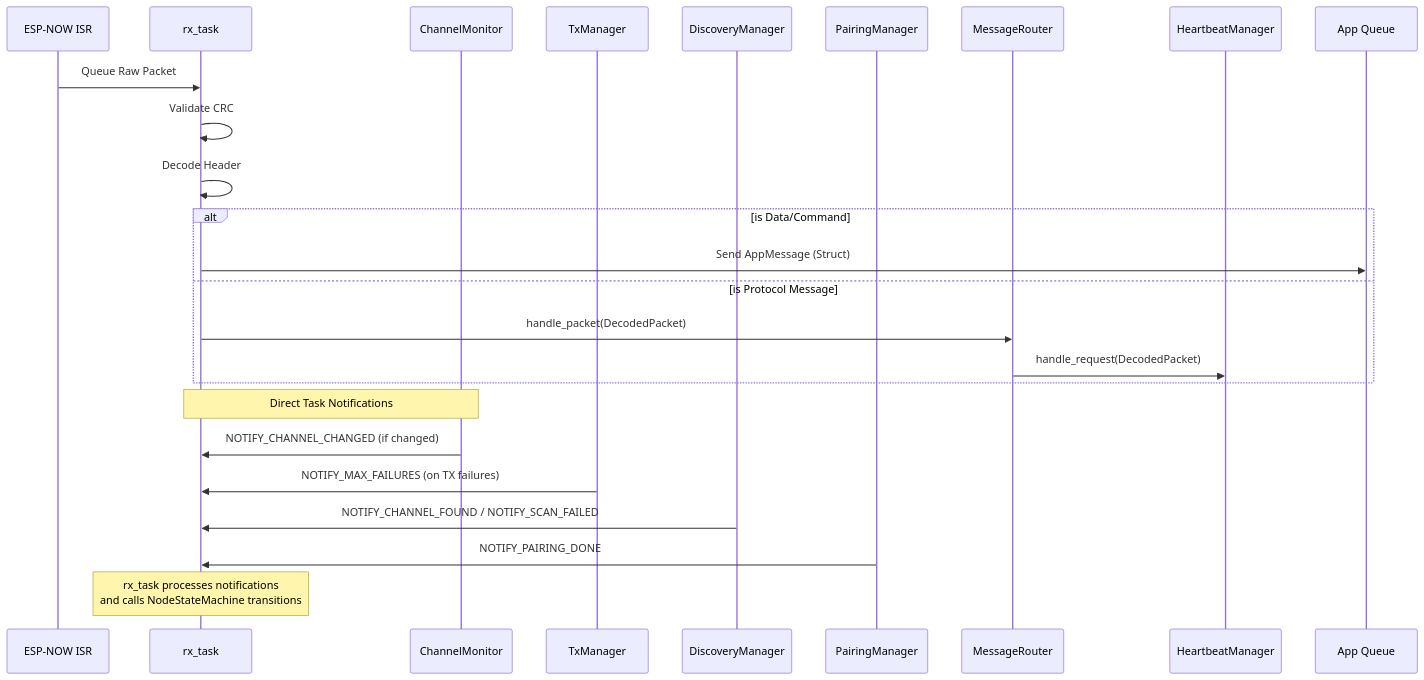
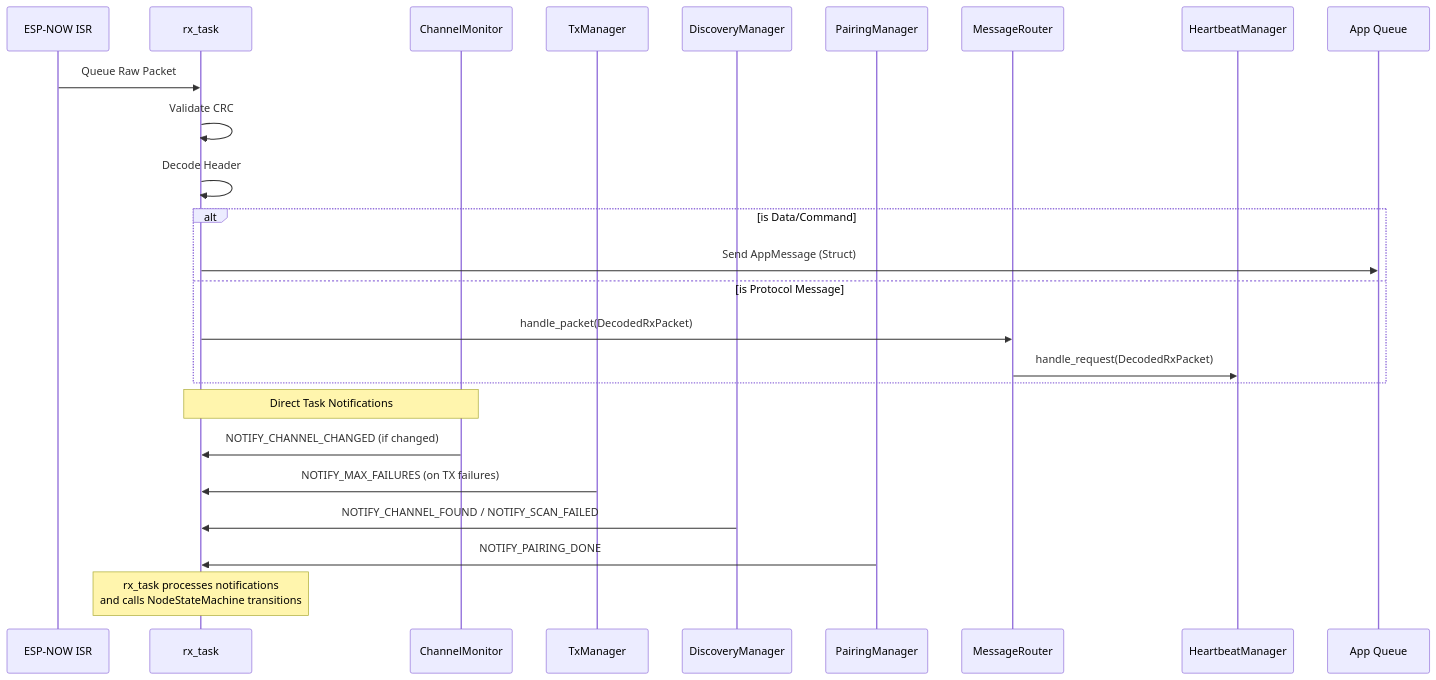
One commit to aluiziotomazelli/espnow_manager changed the second of 4 diagrams in DESIGN.md. Above: the diagram before and after it, drawn with Mermaid. The commit also changed other lines of this file and 11 other files, not shown here.

Commit message:
refactor: DecodedRxPacket on tests

````diff
--- a/DESIGN.md
+++ b/DESIGN.md
@@ -176,31 +176,31 @@
 ```mermaid
 sequenceDiagram
     participant ISR as ESP-NOW ISR
     participant RX as rx_task
     participant CM as ChannelMonitor
     participant TM as TxManager
     participant DM as DiscoveryManager
     participant PM as PairingManager
     participant MR as MessageRouter
     participant HM as HeartbeatManager
     participant App as App Queue
 
     ISR->>RX: Queue Raw Packet
     RX->>RX: Validate CRC
     RX->>RX: Decode Header
 
     alt is Data/Command
         RX->>App: Send AppMessage (Struct)
     else is Protocol Message
-        RX->>MR: handle_packet(DecodedPacket)
-        MR->>HM: handle_request(DecodedPacket)
+        RX->>MR: handle_packet(DecodedRxPacket)
+        MR->>HM: handle_request(DecodedRxPacket)
     end
 
     Note over CM,RX: Direct Task Notifications
     CM->>RX: NOTIFY_CHANNEL_CHANGED (if changed)
     TM->>RX: NOTIFY_MAX_FAILURES (on TX failures)
     DM->>RX: NOTIFY_CHANNEL_FOUND / NOTIFY_SCAN_FAILED
     PM->>RX: NOTIFY_PAIRING_DONE
     
     Note over RX: rx_task processes notifications<br/>and calls NodeStateMachine transitions
 ```
````
